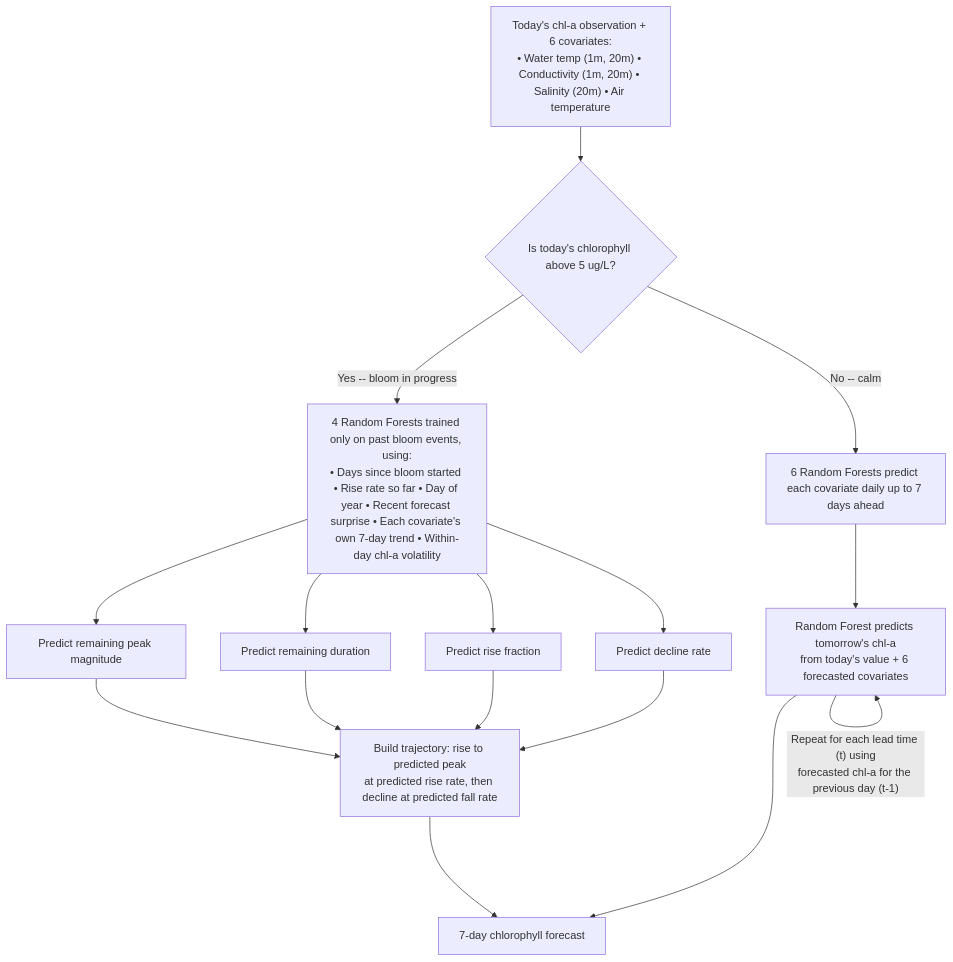
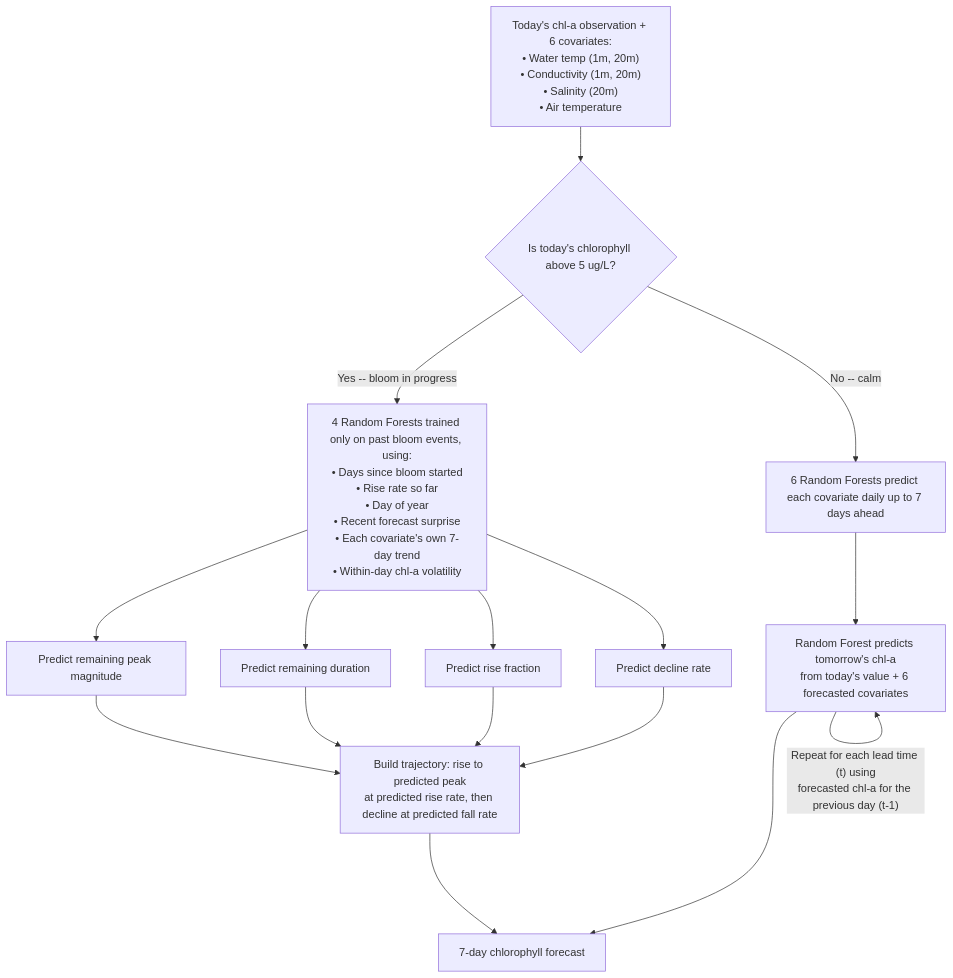
One commit to cami-webb/BloomBoard changed the diagram in dashboard/documentation.qmd. Above: the diagram before and after it, drawn with Mermaid.

Commit message:
Force each bullet onto its own line to fix orphaned wrapping

````diff
--- a/dashboard/documentation.qmd
+++ b/dashboard/documentation.qmd
@@ -8,21 +8,21 @@
 ```{mermaid}
 flowchart TD
-    A["Today's chl-a observation + 6 covariates:<br/>&bull; Water temp (1m, 20m) &bull; Conductivity (1m, 20m) &bull; Salinity (20m) &bull; Air temperature"]
+    A["Today's chl-a observation + 6 covariates:<br/>&bull; Water temp (1m, 20m)<br/>&bull; Conductivity (1m, 20m)<br/>&bull; Salinity (20m)<br/>&bull; Air temperature"]
     A --> Q{"Is today's chlorophyll above 5 ug/L?"}
 
-    Q -->|"Yes -- bloom in progress"| BM["4 Random Forests trained only on past bloom events, using:<br/>&bull; Days since bloom started &bull; Rise rate so far &bull; Day of year &bull; Recent forecast surprise &bull; Each covariate's own 7-day trend &bull; Within-day chl-a volatility"]
+    Q -->|"Yes -- bloom in progress"| BM["4 Random Forests trained only on past bloom events, using:<br/>&bull; Days since bloom started<br/>&bull; Rise rate so far<br/>&bull; Day of year<br/>&bull; Recent forecast surprise<br/>&bull; Each covariate's own 7-day trend<br/>&bull; Within-day chl-a volatility"]
     BM --> BM1[Predict remaining peak magnitude]
     BM --> BM2[Predict remaining duration]
     BM --> BM4[Predict rise fraction]
     BM --> BM3[Predict decline rate]
     BM1 --> TRAJ["Build trajectory: rise to predicted peak<br/>at predicted rise rate, then decline at predicted fall rate"]
     BM2 --> TRAJ
     BM4 --> TRAJ
     BM3 --> TRAJ
     TRAJ --> OUT[7-day chlorophyll forecast]
 
     Q -->|"No -- calm"| CFC["6 Random Forests predict each covariate daily up to 7 days ahead"]
     CFC --> CM["Random Forest predicts tomorrow's chl-a<br/>from today's value + 6 forecasted covariates"]
     CM -->|"Repeat for each lead time (t) using<br/>forecasted chl-a for the previous day (t-1)"| CM
     CM --> OUT
 ```
````
